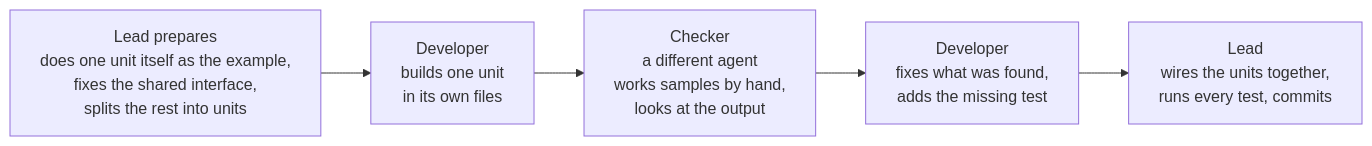
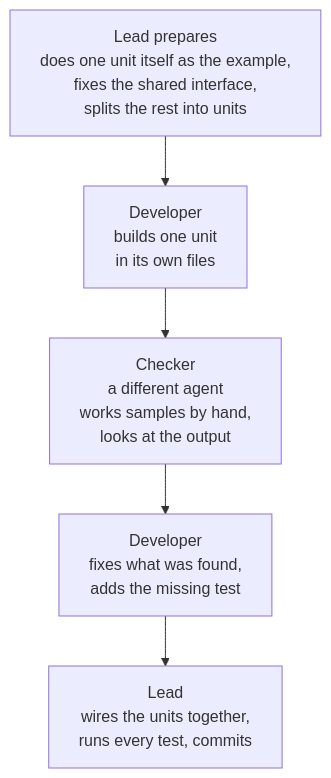
Before and after one commit to gabrield2acc/acc-team-dev: the fourth of 5 diagrams in README.md, drawn with Mermaid.

Commit message:
README: draw the bulk-work flow top to bottom
Left to right it was shrunk to fit the page and GitHub's zoom controls
covered the last box.

````diff
--- a/README.md
+++ b/README.md
@@ -250,11 +250,11 @@
 ```mermaid
 %%{init: {"flowchart": {"wrappingWidth": 320}}}%%
-flowchart LR
+flowchart TB
   PREP["Lead prepares<br/>does one unit itself as the example,<br/>fixes the shared interface,<br/>splits the rest into units"]
   B["Developer<br/>builds one unit<br/>in its own files"]
   C["Checker<br/>a different agent<br/>works samples by hand,<br/>looks at the output"]
   F["Developer<br/>fixes what was found,<br/>adds the missing test"]
   AFTER["Lead<br/>wires the units together,<br/>runs every test, commits"]
 
   PREP --> B --> C --> F --> AFTER
 ```
````
